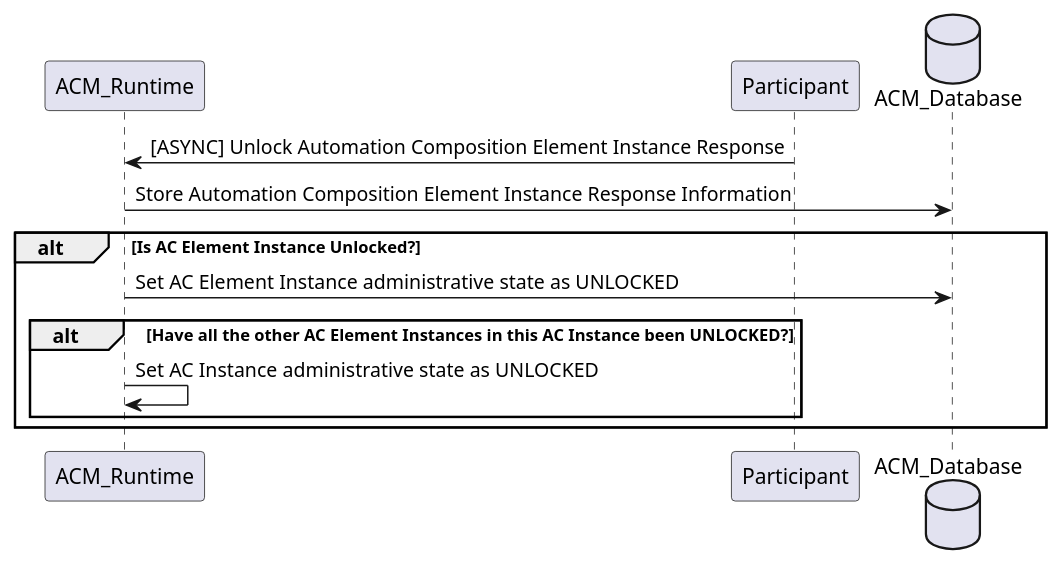
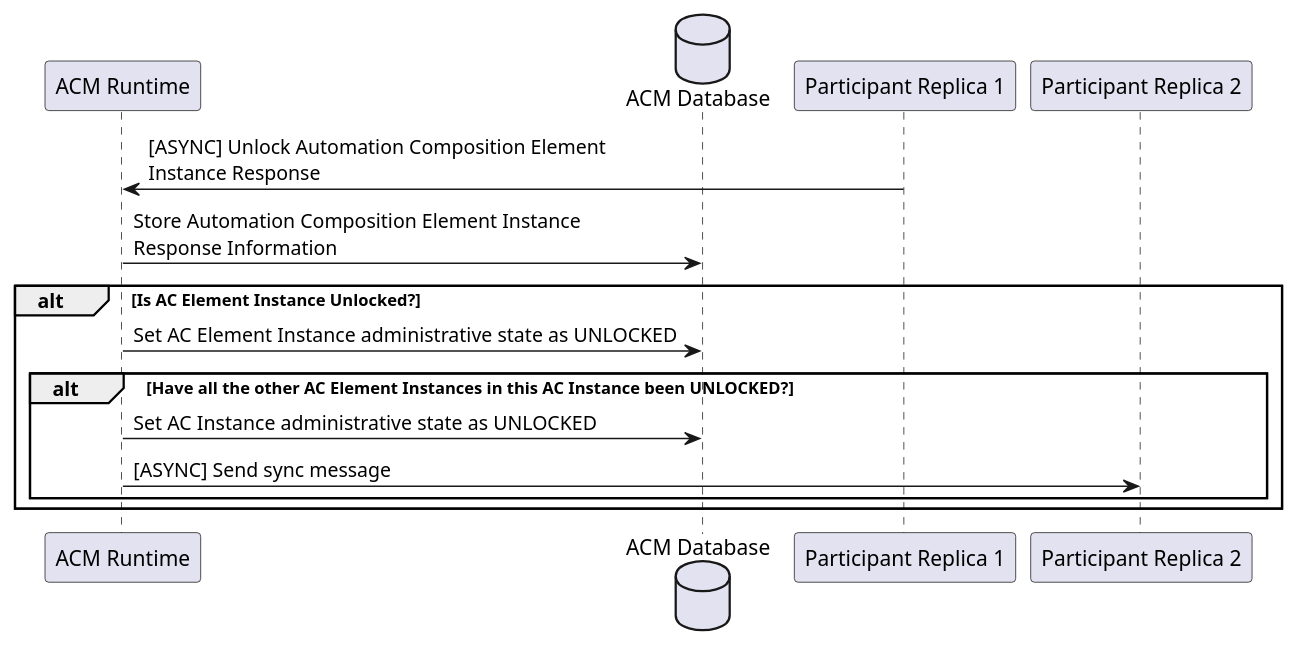
One commit to onap/policy-parent changed the diagram in docs/clamp/acm/plantuml/system-dialogues/UnlockResponseStored.puml. Above: the diagram before and after it, drawn with PlantUML. The commit also changed 40 other files, not shown here.

First line of the commit message:
Add sync message in system dialogs in docs

```diff
--- a/docs/clamp/acm/plantuml/system-dialogues/UnlockResponseStored.puml
+++ b/docs/clamp/acm/plantuml/system-dialogues/UnlockResponseStored.puml
@@ -1,17 +1,19 @@
 @startuml
 
-participant ACM_Runtime
-participant Participant
-database ACM_Database
+participant "ACM Runtime"
+database "ACM Database"
+participant "Participant Replica 1"
+participant "Participant Replica 2"
 
-ACM_Runtime <- Participant: [ASYNC] Unlock Automation Composition Element Instance Response
-ACM_Runtime -> ACM_Database: Store Automation Composition Element Instance Response Information
+"ACM Runtime" <- "Participant Replica 1": [ASYNC] Unlock Automation Composition Element \nInstance Response
+"ACM Runtime" -> "ACM Database": Store Automation Composition Element Instance \nResponse Information
 
 alt Is AC Element Instance Unlocked?
- ACM_Runtime -> ACM_Database: Set AC Element Instance administrative state as UNLOCKED
+ "ACM Runtime" -> "ACM Database": Set AC Element Instance administrative state as UNLOCKED
  alt Have all the other AC Element Instances in this AC Instance been UNLOCKED?
-  ACM_Runtime -> ACM_Runtime: Set AC Instance administrative state as UNLOCKED
+  "ACM Runtime" -> "ACM Database": Set AC Instance administrative state as UNLOCKED
+  "ACM Runtime" -> "Participant Replica 2": [ASYNC] Send sync message
   end
 end
 
 @enduml
```
